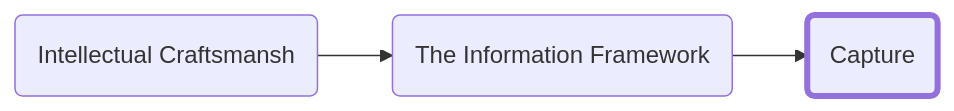
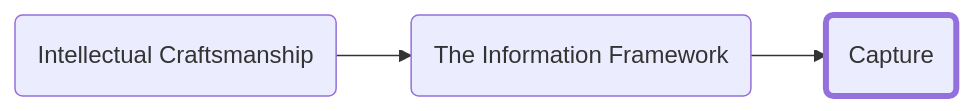
Before and after one commit to forrestpitz/forrestpitz.github.io: the first of 2 diagrams in _posts/2023-01-05-capture.md, drawn with Mermaid. The commit also changed other lines of this file and 21 other files, not shown here.

````diff
--- a/_posts/2023-01-05-capture.md
+++ b/_posts/2023-01-05-capture.md
@@ -12,9 +12,9 @@
 ```mermaid
 graph LR;
-  A(Intellectual Craftsmansh)-->B(The Information Framework)-->C(Capture)
+  A(Intellectual Craftsmanship)-->B(The Information Framework)-->C(Capture)
 
   style C stroke-width:4px
 
   click A "{% post_url 2023-01-05-intro %}"
   click B "{% post_url 2023-01-05-info-framework %}"
 ```
````
